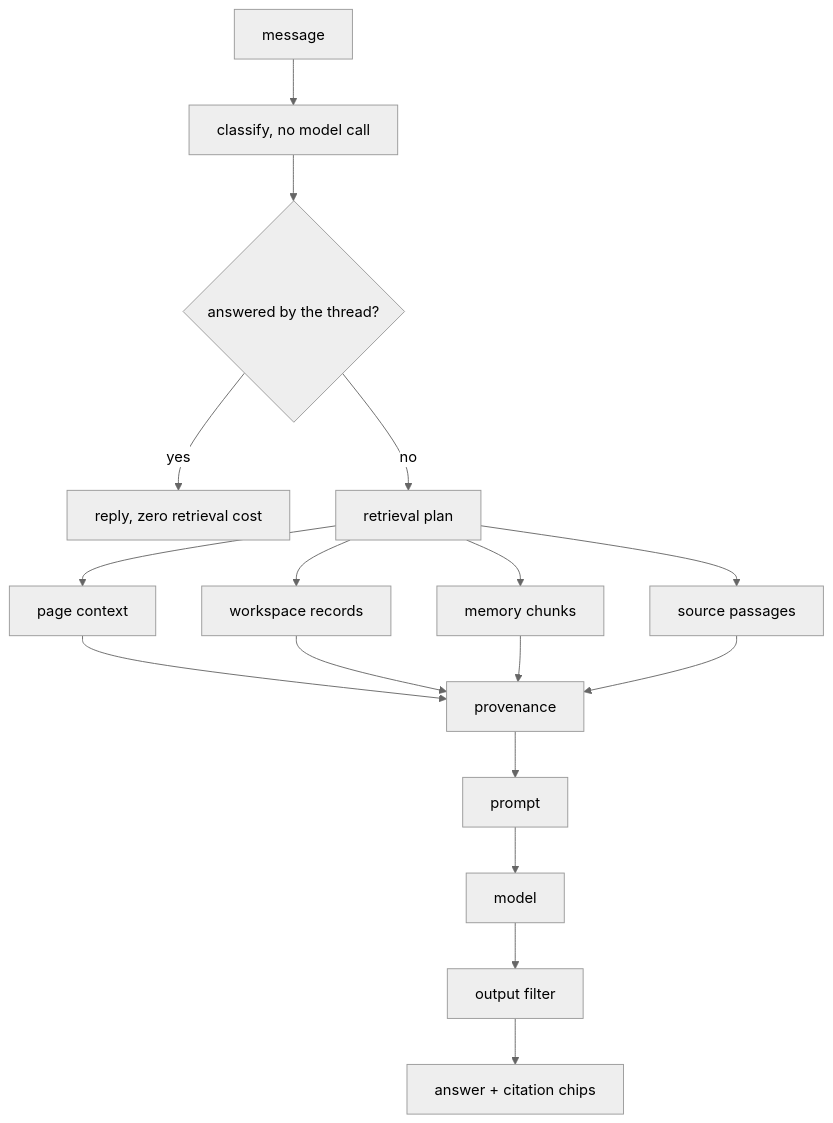
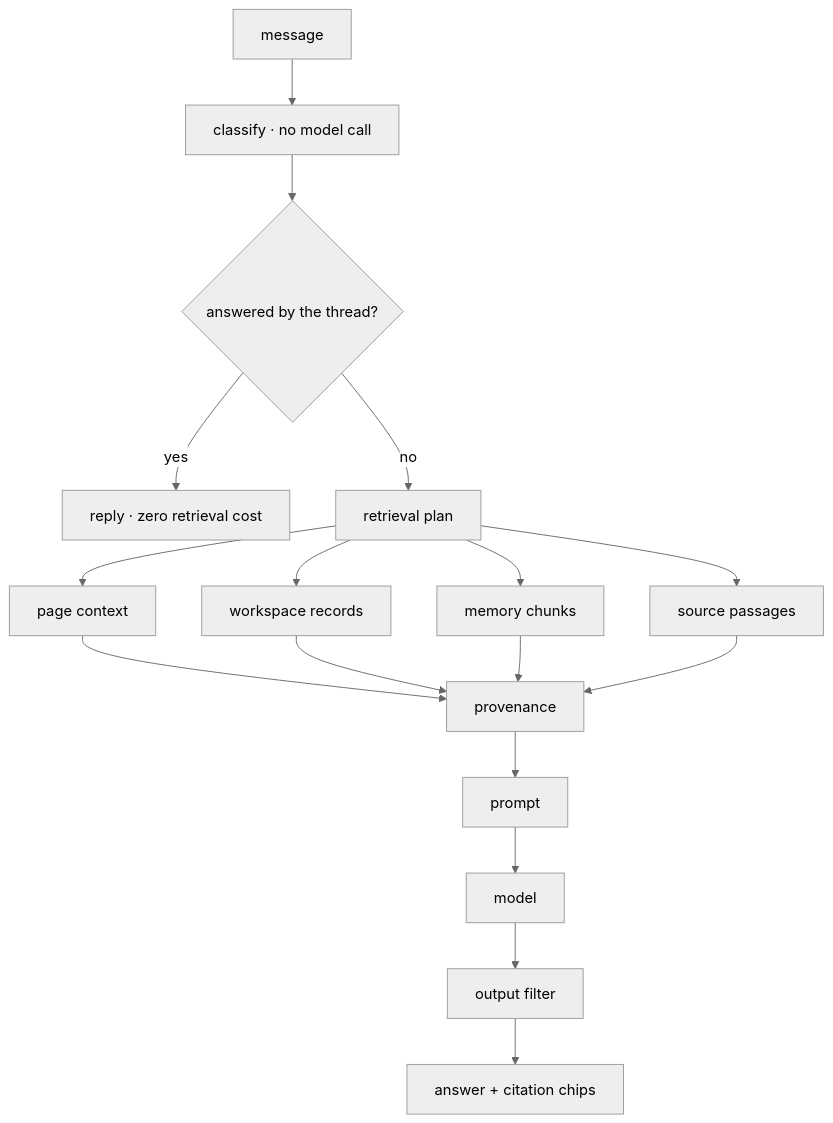
Before and after one commit to smukilan9-ship-it/continuum: the second of 2 diagrams in docs/submission/devpost-story.md, drawn with Mermaid (neutral theme). The commit also changed other lines of this file, not shown here.

````diff
--- a/docs/submission/devpost-story.md
+++ b/docs/submission/devpost-story.md
@@ -286,16 +334,16 @@
 ```mermaid
 flowchart TD
-  A[message] --> B[classify, no model call]
+  A[message] --> B[classify · no model call]
   B --> C{answered by the thread?}
-  C -->|yes| Z[reply, zero retrieval cost]
+  C -->|yes| Z[reply · zero retrieval cost]
   C -->|no| D[retrieval plan]
   D --> E1[page context]
   D --> E2[workspace records]
   D --> E3[memory chunks]
   D --> E4[source passages]
   E1 & E2 & E3 & E4 --> F[provenance]
   F --> G[prompt]
   G --> H[model]
   H --> I[output filter]
   I --> J[answer + citation chips]
 ```
````
